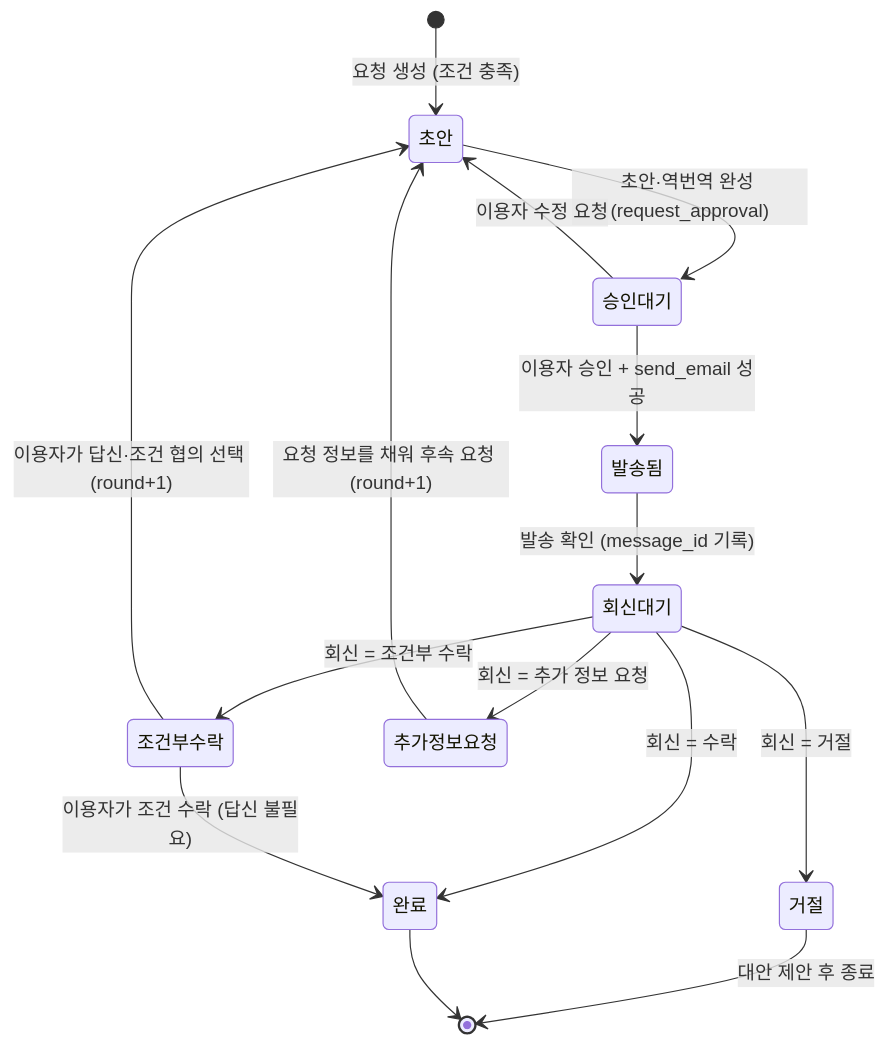
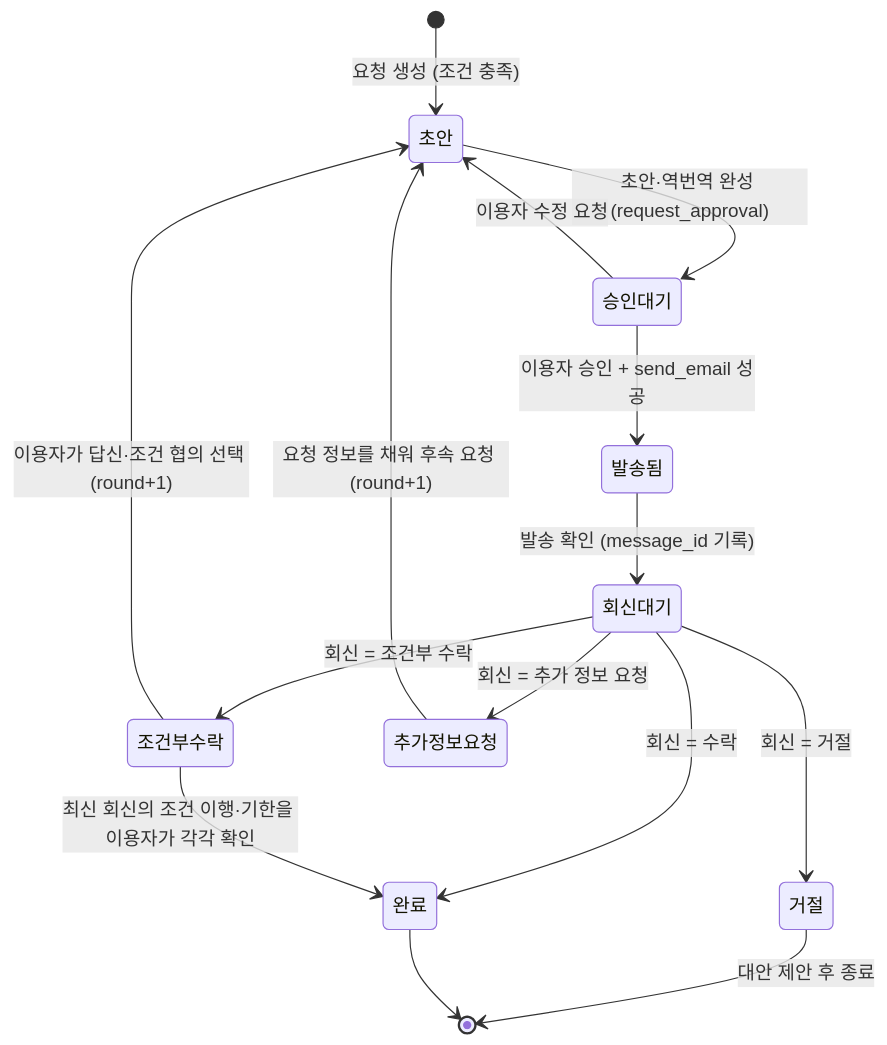
One commit to KEungyu/Agent_Project changed the diagram in docs/ARCHITECTURE.md. Above: the diagram before and after it, drawn with Mermaid. The commit also changed other lines of this file and 80 other files, not shown here.

````diff
--- a/docs/ARCHITECTURE.md
+++ b/docs/ARCHITECTURE.md
@@ -253,17 +253,17 @@
 ```mermaid
 stateDiagram-v2
     [*] --> 초안 : 요청 생성 (조건 충족)
     초안 --> 승인대기 : 초안·역번역 완성 (request_approval)
     승인대기 --> 초안 : 이용자 수정 요청
     승인대기 --> 발송됨 : 이용자 승인 + send_email 성공
     발송됨 --> 회신대기 : 발송 확인 (message_id 기록)
     회신대기 --> 완료 : 회신 = 수락
     회신대기 --> 조건부수락 : 회신 = 조건부 수락
     회신대기 --> 거절 : 회신 = 거절
     회신대기 --> 추가정보요청 : 회신 = 추가 정보 요청
-    조건부수락 --> 완료 : 이용자가 조건 수락 (답신 불필요)
+    조건부수락 --> 완료 : 최신 회신의 조건 이행·기한을 이용자가 각각 확인
     조건부수락 --> 초안 : 이용자가 답신·조건 협의 선택 (round+1)
     추가정보요청 --> 초안 : 요청 정보를 채워 후속 요청 (round+1)
     거절 --> [*] : 대안 제안 후 종료
     완료 --> [*]
 ```
````
